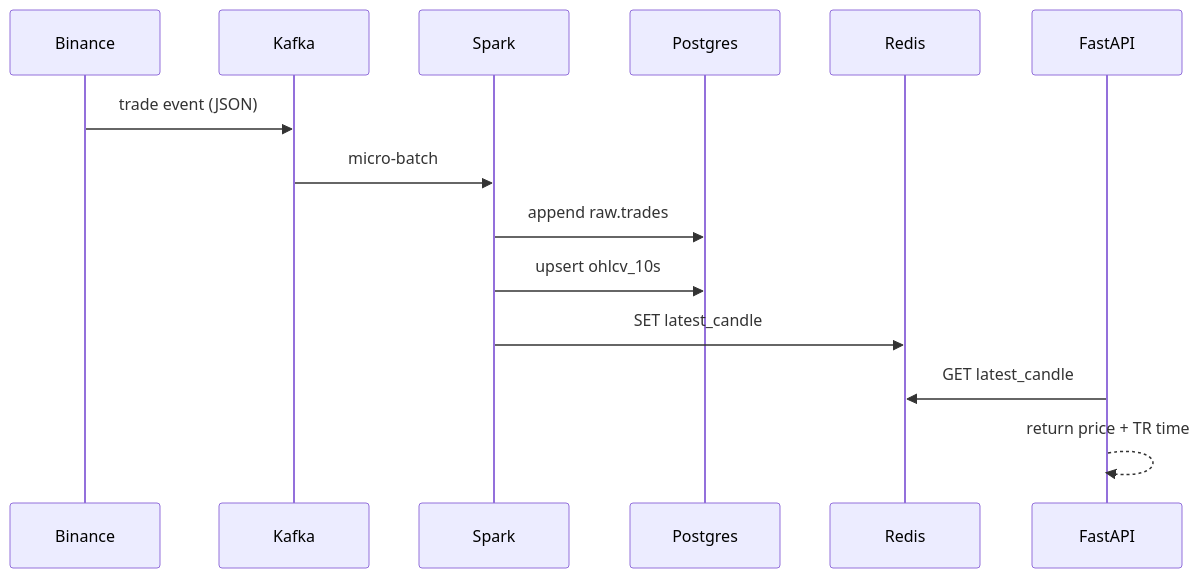
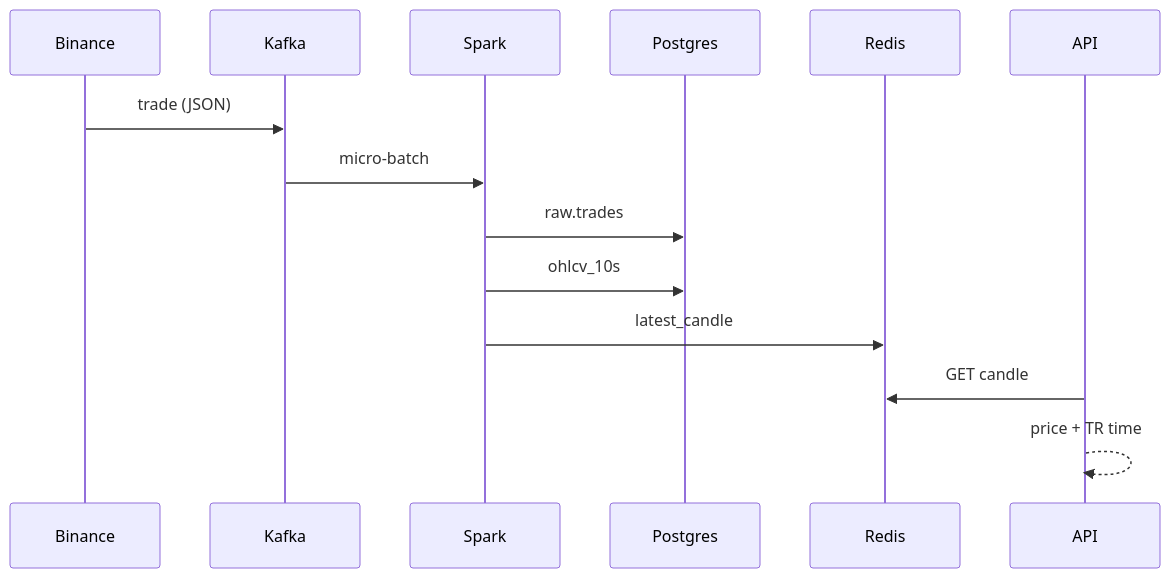
The second of 3 diagrams in README.md (Berkeaziz/real-time-crypto-analytics-platform), drawn with Mermaid before and after one commit. The commit also changed other lines of this file, not shown here.

Commit message:
Refactor architecture diagrams for clarity and update data flow descriptions in README.md

````diff
--- a/README.md
+++ b/README.md
@@ -45,17 +45,17 @@
 ```mermaid
-%%{init: {"themeVariables": {"fontSize": "13px"}} }%%
+%%{init: {"themeVariables": {"fontSize": "12px"}} }%%
 sequenceDiagram
     participant B as Binance
     participant K as Kafka
     participant S as Spark
-    participant PG as Postgres
+    participant P as Postgres
     participant R as Redis
-    participant A as FastAPI
-    B->>K: trade event (JSON)
+    participant A as API
+    B->>K: trade (JSON)
     K->>S: micro-batch
-    S->>PG: append raw.trades
-    S->>PG: upsert ohlcv_10s
-    S->>R: SET latest_candle
-    A->>R: GET latest_candle
-    A-->>A: return price + TR time
+    S->>P: raw.trades
+    S->>P: ohlcv_10s
+    S->>R: latest_candle
+    A->>R: GET candle
+    A-->>A: price + TR time
 ```
````
